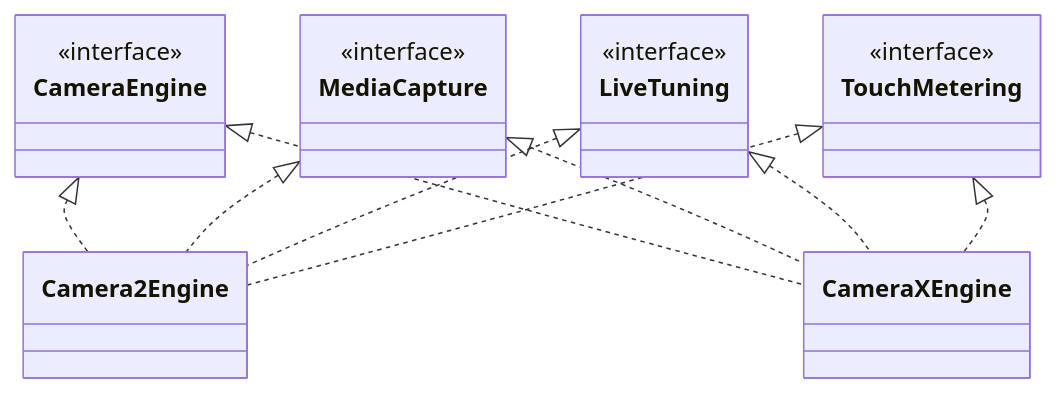
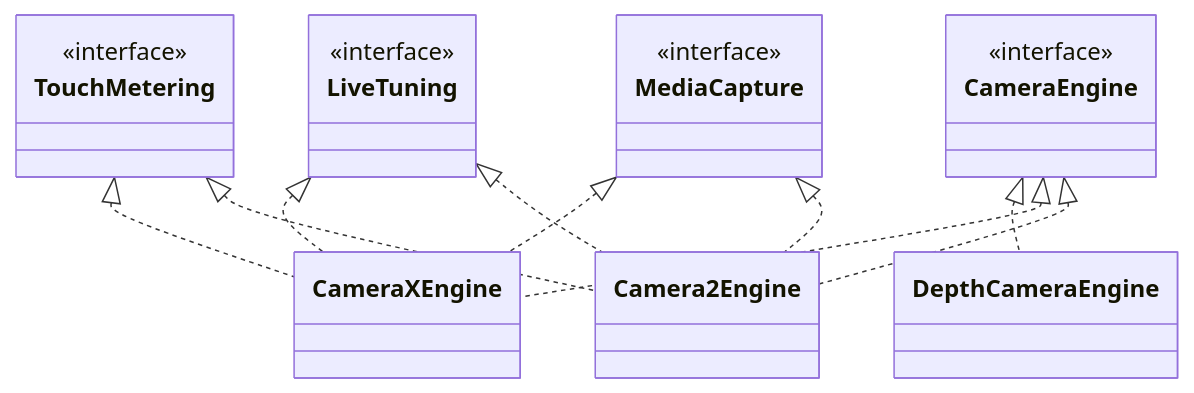
One commit to TTolsun/hal-camera changed the diagram in guide/_content/_reference/engine/contract.md. Above: the diagram before and after it, drawn with Mermaid. The commit also changed other lines of this file and 51 other files, not shown here.

````diff
--- a/guide/_content/_reference/engine/contract.md
+++ b/guide/_content/_reference/engine/contract.md
@@ -22,16 +23,17 @@
 ```mermaid
 classDiagram
     direction TB
     class CameraEngine { <<interface>> }
     class MediaCapture { <<interface>> }
     class LiveTuning { <<interface>> }
     class TouchMetering { <<interface>> }
     CameraEngine <|.. Camera2Engine
     CameraEngine <|.. CameraXEngine
+    CameraEngine <|.. DepthCameraEngine
     MediaCapture <|.. Camera2Engine
     MediaCapture <|.. CameraXEngine
     LiveTuning <|.. Camera2Engine
     LiveTuning <|.. CameraXEngine
     TouchMetering <|.. Camera2Engine
     TouchMetering <|.. CameraXEngine
 ```
````
